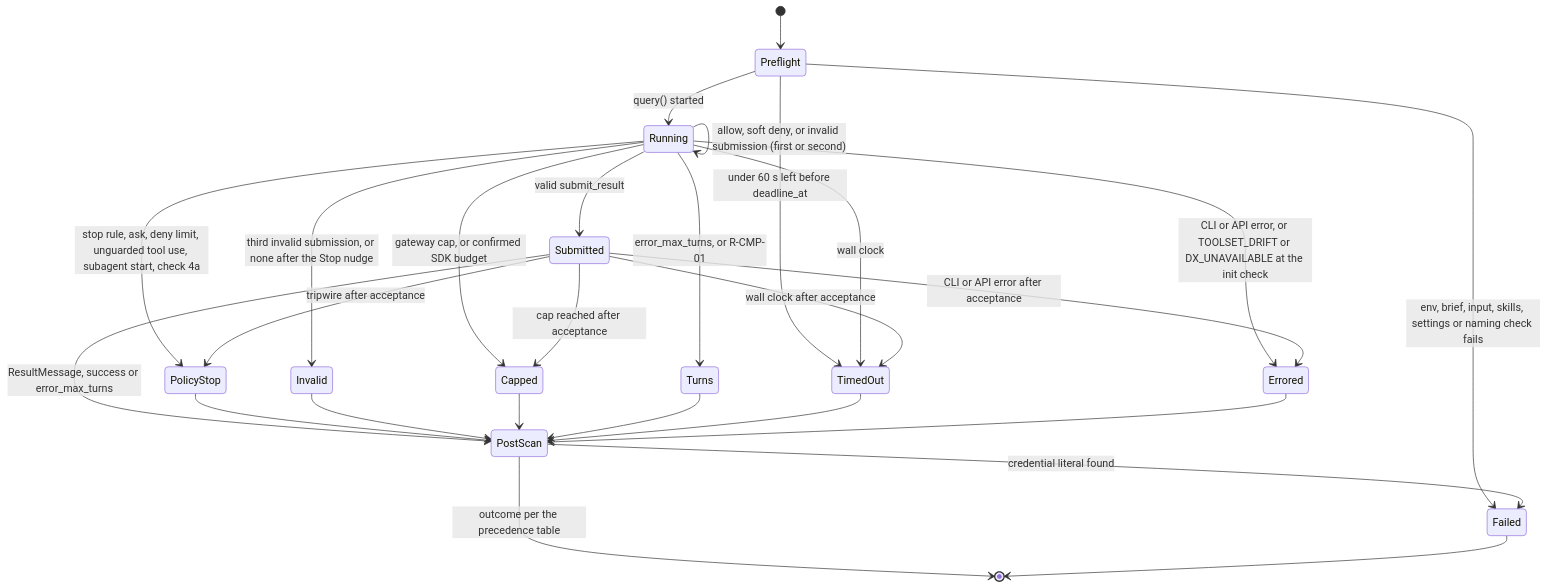
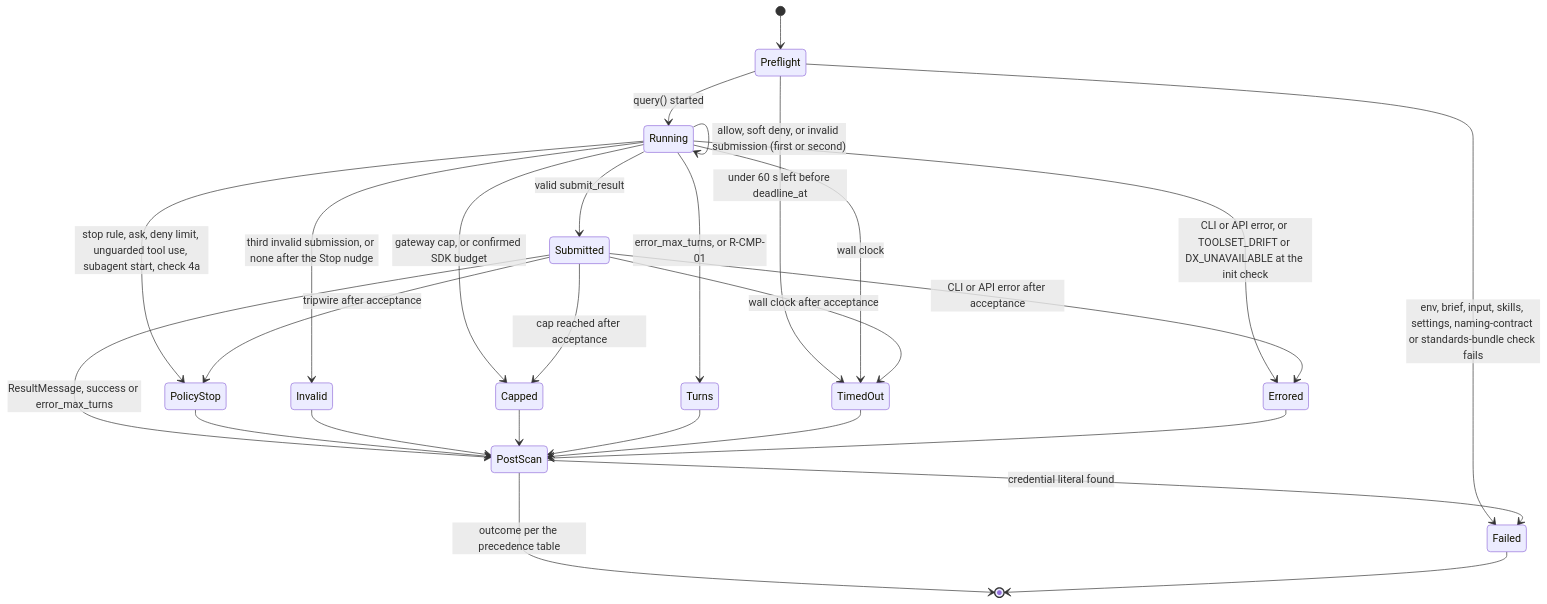
Before and after one commit to developerhegde/helix: the third of 3 diagrams in docs/lld/04-agent-runtime.md, drawn with Mermaid. The commit also changed other lines of this file and 18 other files, not shown here.

````diff
--- a/docs/lld/04-agent-runtime.md
+++ b/docs/lld/04-agent-runtime.md
@@ -887,29 +905,29 @@
 ```mermaid
 stateDiagram-v2
   [*] --> Preflight
-  Preflight --> Failed: env, brief, input, skills, settings or naming check fails
+  Preflight --> Failed: env, brief, input, skills, settings, naming-contract or standards-bundle check fails
   Preflight --> Running: query() started
   Preflight --> TimedOut: under 60 s left before deadline_at
   Running --> Errored: CLI or API error, or TOOLSET_DRIFT or DX_UNAVAILABLE at the init check
   Running --> Running: allow, soft deny, or invalid submission (first or second)
   Running --> PolicyStop: stop rule, ask, deny limit, unguarded tool use, subagent start, check 4a
   Running --> Invalid: third invalid submission, or none after the Stop nudge
   Running --> Submitted: valid submit_result
   Running --> Capped: gateway cap, or confirmed SDK budget
   Running --> Turns: error_max_turns, or R-CMP-01
   Running --> TimedOut: wall clock
   Submitted --> PostScan: ResultMessage, success or error_max_turns
   Submitted --> PolicyStop: tripwire after acceptance
   Submitted --> Capped: cap reached after acceptance
   Submitted --> TimedOut: wall clock after acceptance
   Submitted --> Errored: CLI or API error after acceptance
   PolicyStop --> PostScan
   Invalid --> PostScan
   Capped --> PostScan
   Turns --> PostScan
   TimedOut --> PostScan
   Errored --> PostScan
   PostScan --> Failed: credential literal found
   PostScan --> [*]: outcome per the precedence table
   Failed --> [*]
 ```
````
